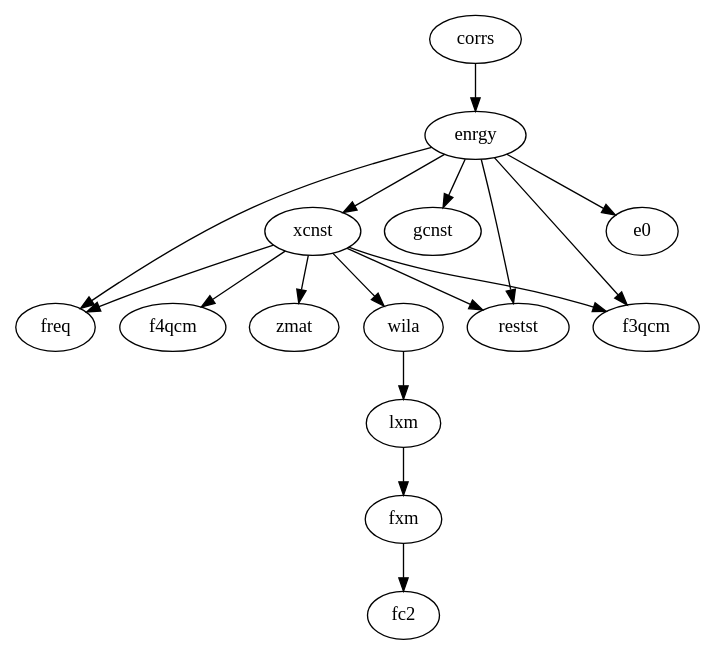
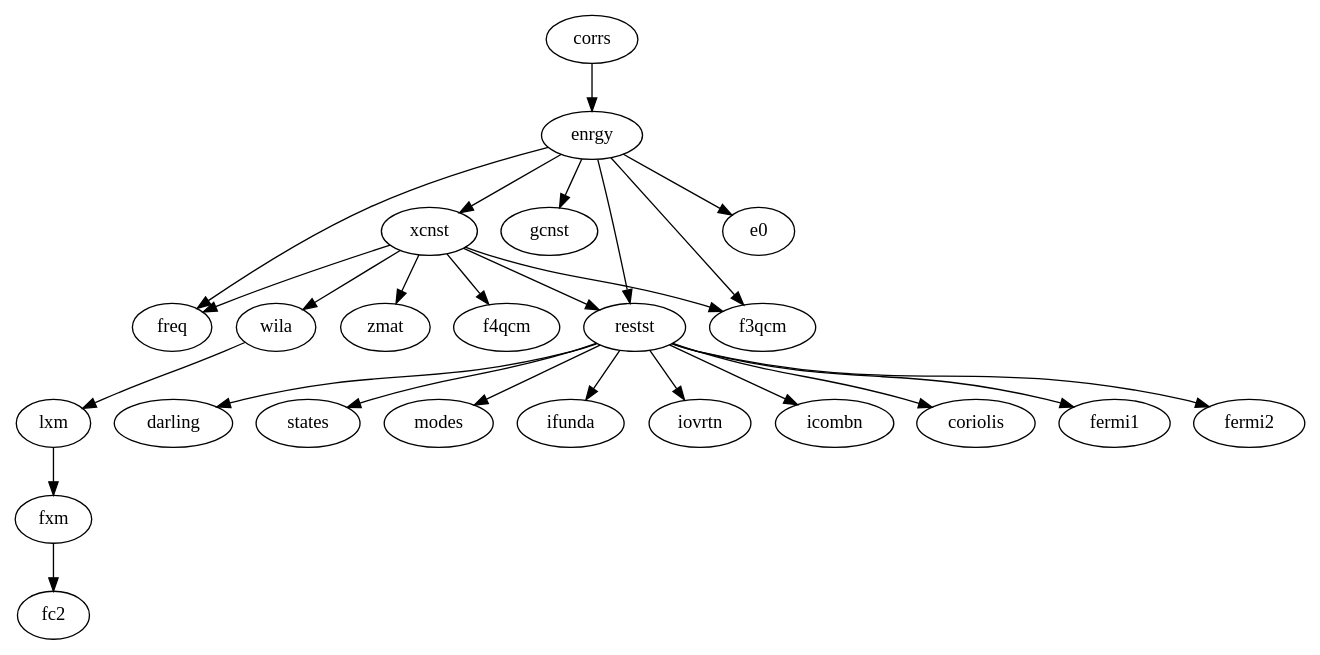
The diagram in flow/corrs.gv (ntBre/spectro), drawn with Graphviz before and after one commit. The commit also changed 5 other files, not shown here.

Commit message:
write python script to generate states, use it to pass bipy restst

```diff
--- a/flow/corrs.gv
+++ b/flow/corrs.gv
@@ -1,11 +1,13 @@
 // for debugging mismatches in `corrs` - fully-resonance-corrected anharmonic
 // vibrational frequencies. the arrows are the dependencies in this case, not
 // the flow of information
 
 digraph symm_tops {
 	corrs -> enrgy;
 	enrgy -> {freq xcnst gcnst restst f3qcm e0};
 	xcnst -> {freq f4qcm f3qcm zmat restst wila};
 
 	wila -> lxm -> fxm -> fc2;
+
+	restst -> {coriolis fermi1 fermi2 darling states modes ifunda iovrtn icombn};
 }
```
